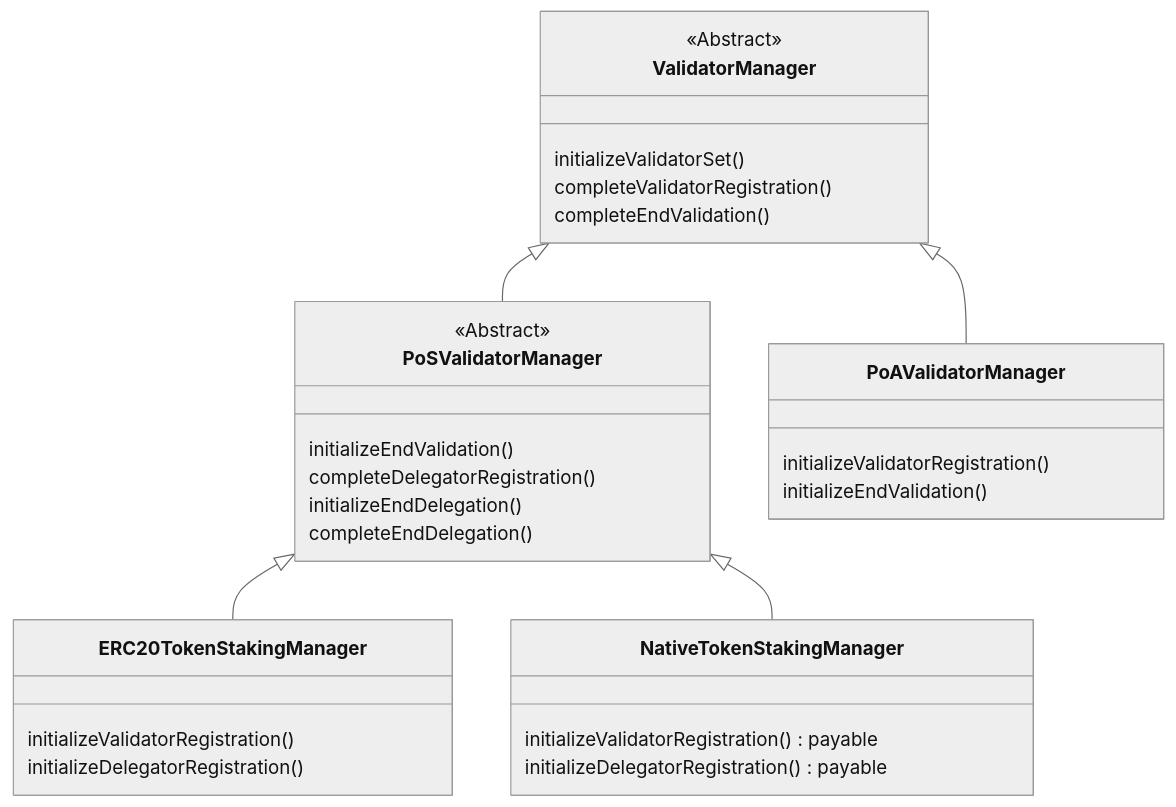
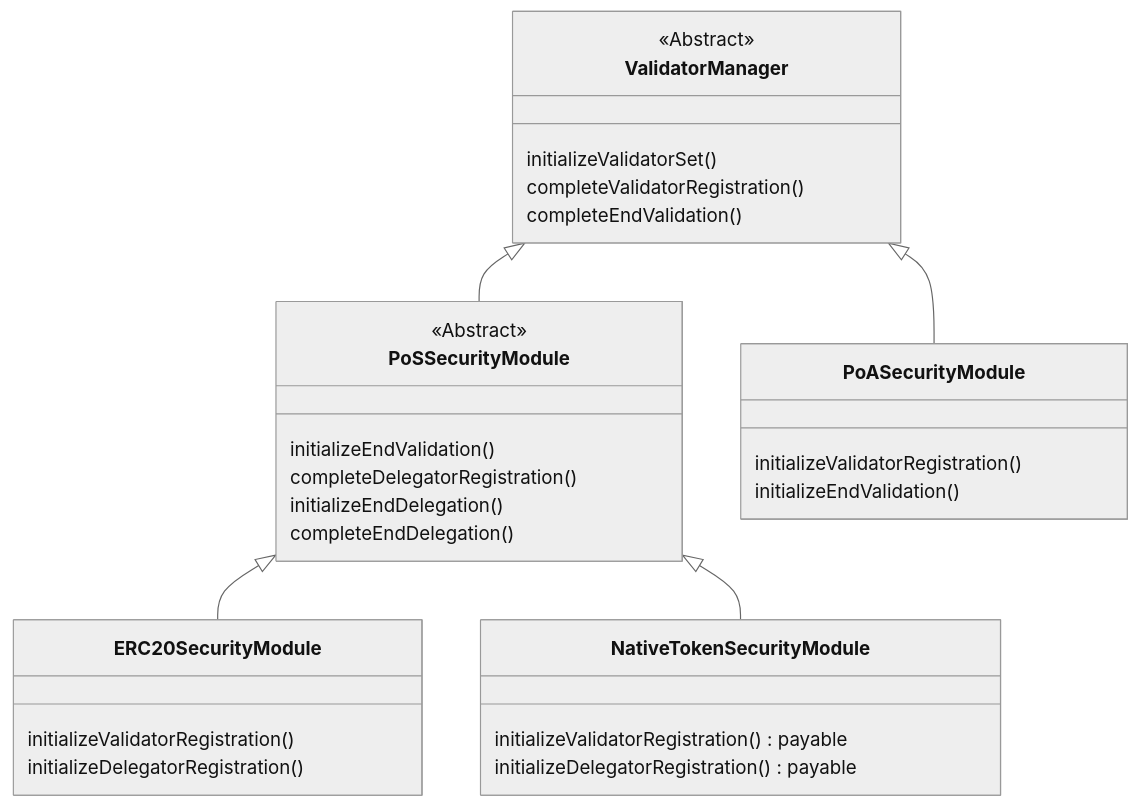
One commit to ava-labs/teleporter changed the diagram in contracts/validator-manager/README.md. Above: the diagram before and after it, drawn with Mermaid (neutral theme). The commit also changed other lines of this file and 25 other files, not shown here.

Commit message:
rename manager -> security modules

````diff
--- a/contracts/validator-manager/README.md
+++ b/contracts/validator-manager/README.md
@@ -5,34 +5,34 @@
 ```mermaid
 classDiagram
 class ValidatorManager {
     initializeValidatorSet()
     completeValidatorRegistration()
     completeEndValidation()
 
 }
 <<Abstract>> ValidatorManager
-class PoSValidatorManager {
+class PoSSecurityModule {
     initializeEndValidation()
     completeDelegatorRegistration()
     initializeEndDelegation()
     completeEndDelegation()
 }
-<<Abstract>> PoSValidatorManager
-class ERC20TokenStakingManager {
+<<Abstract>> PoSSecurityModule
+class ERC20SecurityModule {
     initializeValidatorRegistration()
     initializeDelegatorRegistration()
 }
-class NativeTokenStakingManager {
+class NativeTokenSecurityModule {
     initializeValidatorRegistration() payable
     initializeDelegatorRegistration() payable
 }
-class PoAValidatorManager {
+class PoASecurityModule {
     initializeValidatorRegistration()
     initializeEndValidation()
 }
 
-ValidatorManager <|-- PoSValidatorManager
-ValidatorManager <|-- PoAValidatorManager
-PoSValidatorManager <|-- ERC20TokenStakingManager
-PoSValidatorManager <|-- NativeTokenStakingManager
+ValidatorManager <|-- PoSSecurityModule
+ValidatorManager <|-- PoASecurityModule
+PoSSecurityModule <|-- ERC20SecurityModule
+PoSSecurityModule <|-- NativeTokenSecurityModule
 ```
````
